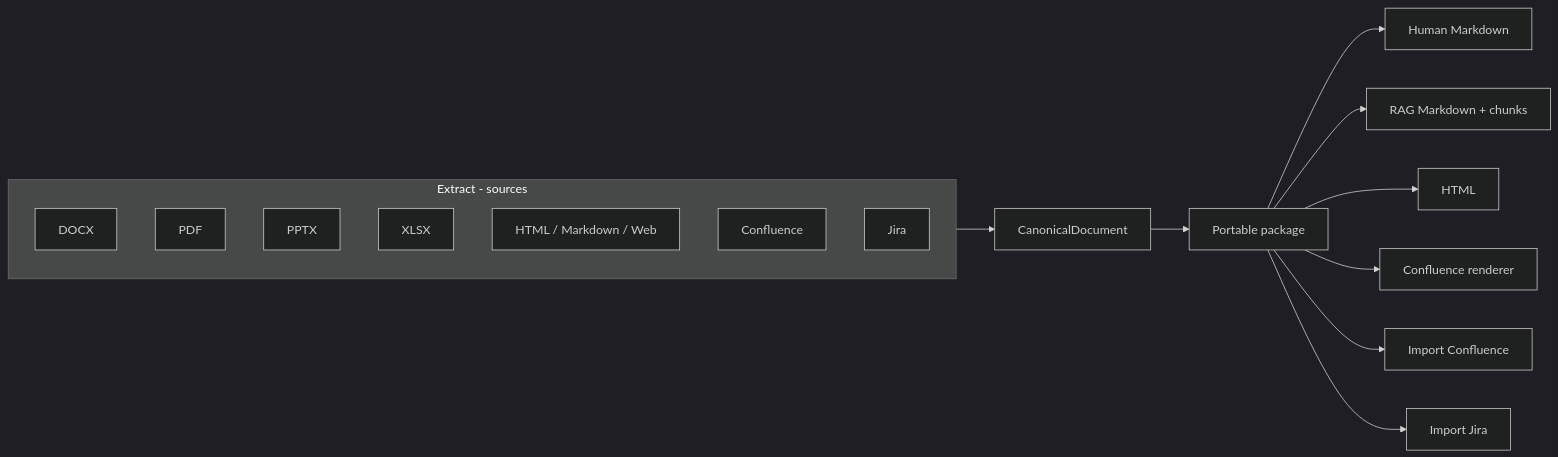
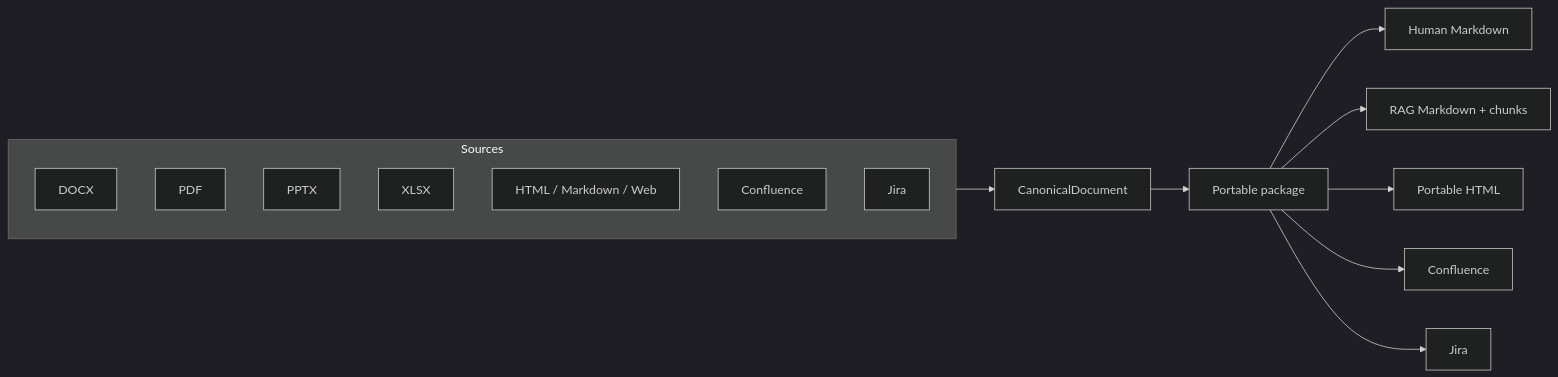
Before and after one commit to orenault/docspecbridge: the first of 2 diagrams in README.md, drawn with Mermaid (dark theme). The commit also changed other lines of this file and 18 other files, not shown here.

````diff
--- a/README.md
+++ b/README.md
@@ -10,22 +7,20 @@
 ```mermaid
 flowchart LR
-    subgraph SRC[Extract - sources]
+    subgraph Sources
       DOCX[DOCX]
       PDF[PDF]
       PPTX[PPTX]
       XLSX[XLSX]
       HTML[HTML / Markdown / Web]
       CONF[Confluence]
       JIRA[Jira]
     end
 
-    SRC --> CAN[CanonicalDocument]
+    Sources --> CAN[CanonicalDocument]
     CAN --> PKG[Portable package]
     PKG --> MD[Human Markdown]
     PKG --> RAG[RAG Markdown + chunks]
-    PKG --> H[HTML]
-    PKG --> CFM[Confluence renderer]
-
-    PKG --> CFT[Import Confluence]
-    PKG --> JRT[Import Jira]
+    PKG --> WEB[Portable HTML]
+    PKG --> CFT[Confluence]
+    PKG --> JRT[Jira]
 ```
````
